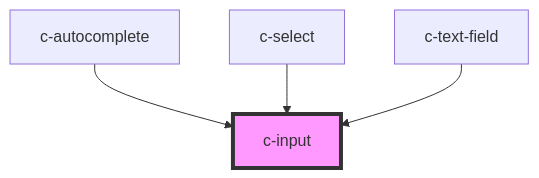
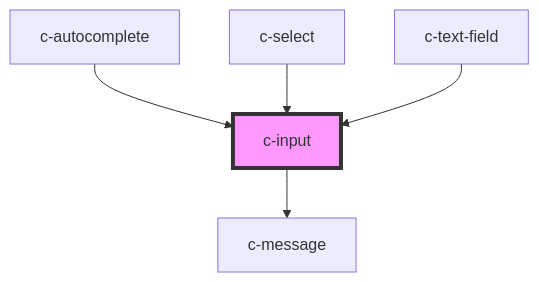
Before and after one commit to CSCfi/ui: the diagram in packages/csc-ui/src/components/c-input/readme.md, drawn with Mermaid. The commit also changed other lines of this file and 37 other files, not shown here.

````diff
--- a/packages/csc-ui/src/components/c-input/readme.md
+++ b/packages/csc-ui/src/components/c-input/readme.md
@@ -55,7 +59,8 @@
 ```mermaid
 graph TD;
+  c-input --> c-message
   c-autocomplete --> c-input
   c-select --> c-input
   c-text-field --> c-input
   style c-input fill:#f9f,stroke:#333,stroke-width:4px
 ```
````
